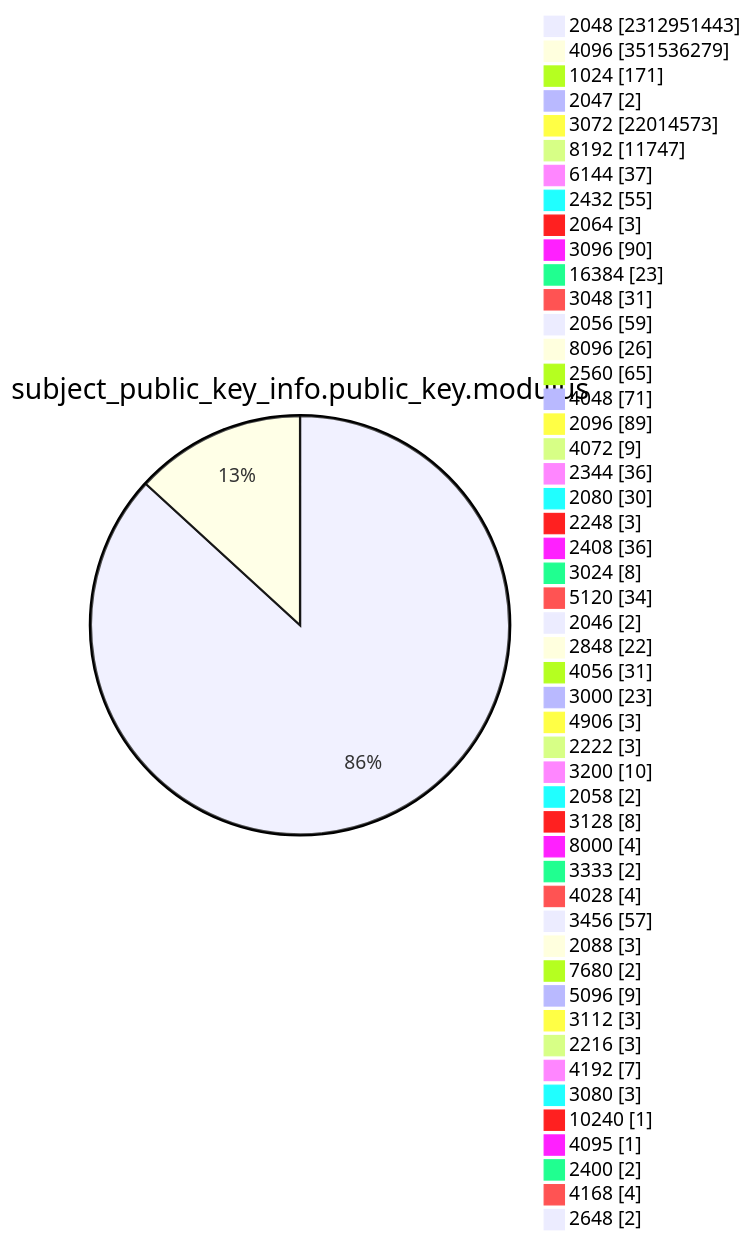
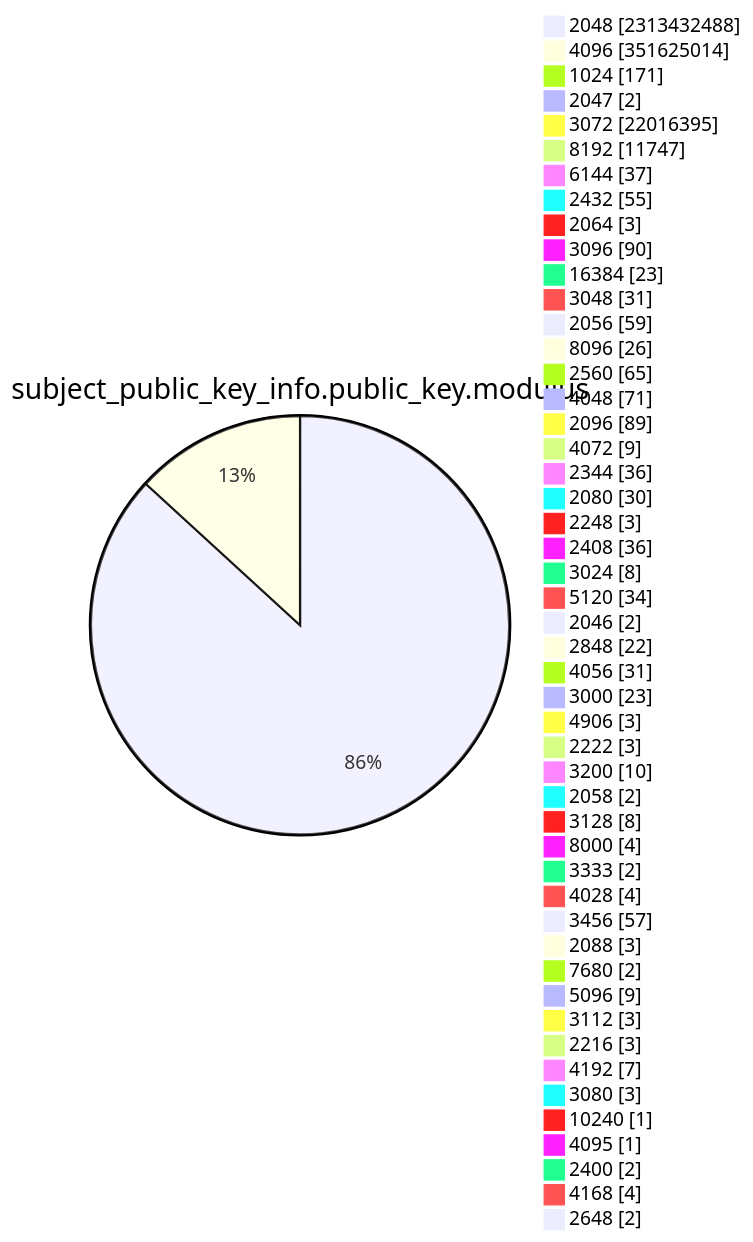
One commit to christiankrug/ctmonitor_visualization changed diagram 13 of 15 in TOTAL/README.md. Above: the diagram before and after it, drawn with Mermaid. The commit also changed other lines of this file, not shown here.

````diff
--- a/TOTAL/README.md
+++ b/TOTAL/README.md
@@ -4165,53 +4165,53 @@
 ```mermaid
 pie showData
 title subject_public_key_info.public_key.modulus
-"2048" :2312951443
-"4096" :351536279
+"2048" :2313432488
+"4096" :351625014
 "1024" :171
 "2047" :2
-"3072" :22014573
+"3072" :22016395
 "8192" :11747
 "6144" :37
 "2432" :55
 "2064" :3
 "3096" :90
 "16384" :23
 "3048" :31
 "2056" :59
 "8096" :26
 "2560" :65
 "4048" :71
 "2096" :89
 "4072" :9
 "2344" :36
 "2080" :30
 "2248" :3
 "2408" :36
 "3024" :8
 "5120" :34
 "2046" :2
 "2848" :22
 "4056" :31
 "3000" :23
 "4906" :3
 "2222" :3
 "3200" :10
 "2058" :2
 "3128" :8
 "8000" :4
 "3333" :2
 "4028" :4
 "3456" :57
 "2088" :3
 "7680" :2
 "5096" :9
 "3112" :3
 "2216" :3
 "4192" :7
 "3080" :3
 "10240" :1
 "4095" :1
 "2400" :2
 "4168" :4
 "2648" :2
 ```
````
